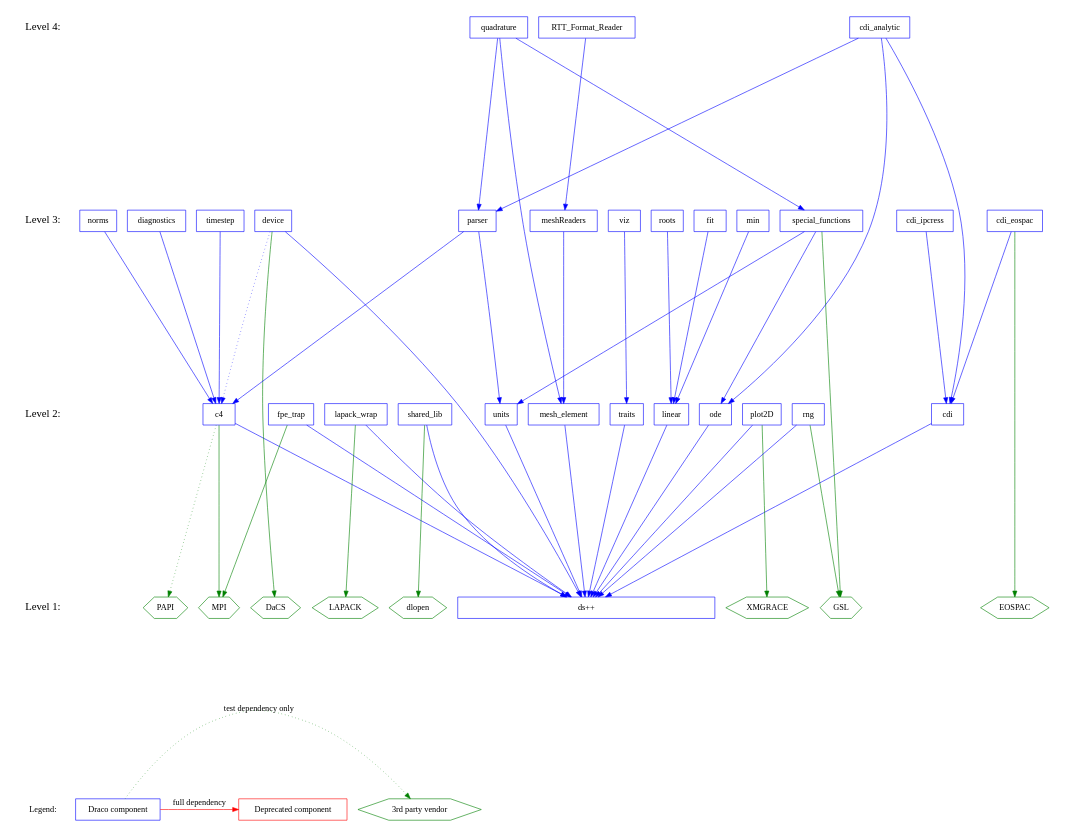
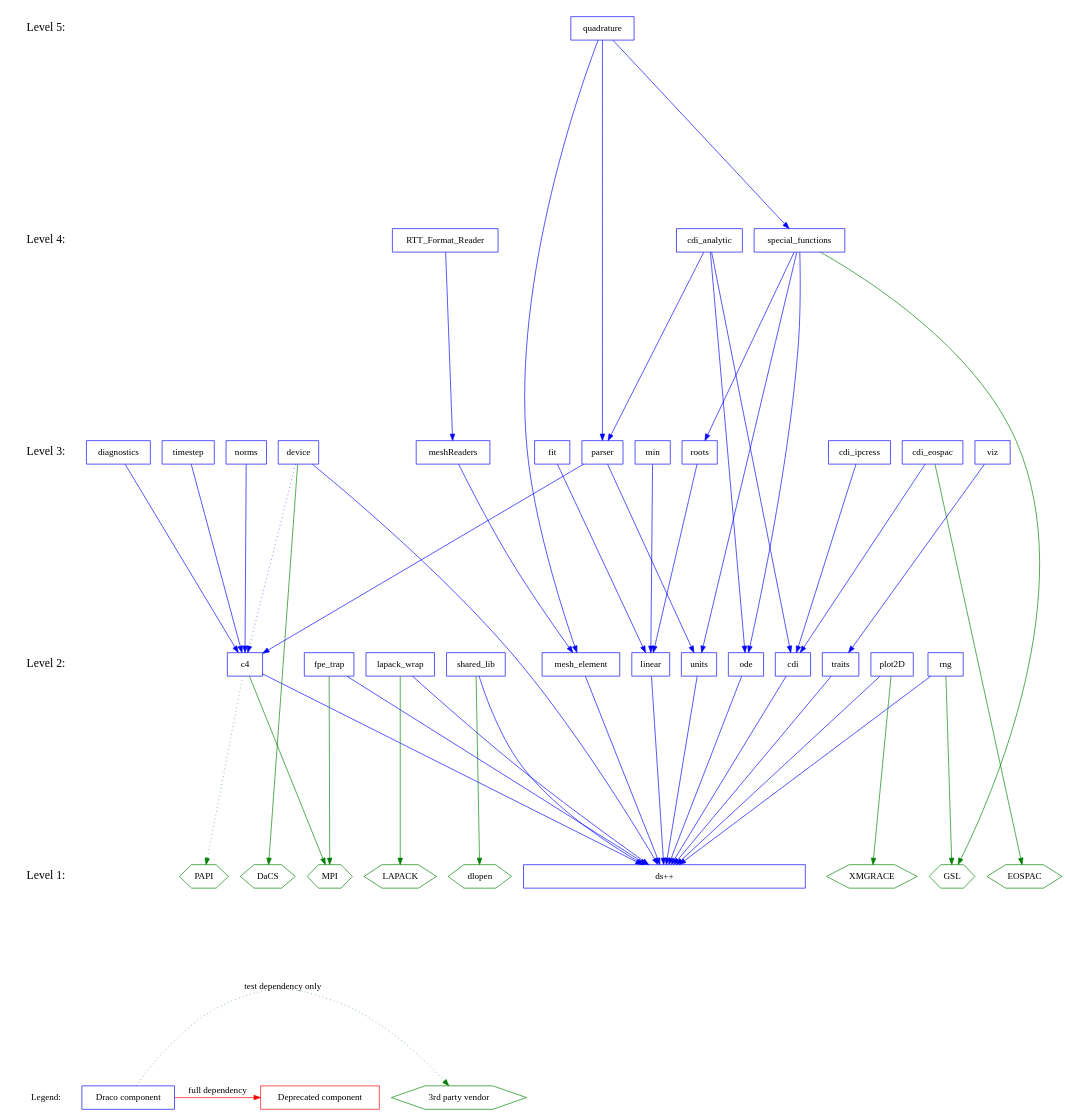
The diagram in doc/design/level.dot (warsa/Draco), drawn with Graphviz before and after one commit.

Commit message:
+ Update dependency diagram to show special_functions -> roots.

```diff
--- a/doc/design/level.dot
+++ b/doc/design/level.dot
@@ -1,136 +1,140 @@
 digraph draco_level {
     /* graph attributes */
     center=1;
     size="7.5,10";
     ranksep=4;
     
     /* levels */
     legend [shape=plaintext, label="Legend:", fontsize=14];
     level1 [shape=plaintext, label="Level 1:", fontsize=18];
     level2 [shape=plaintext, label="Level 2:", fontsize=18];
     level3 [shape=plaintext, label="Level 3:", fontsize=18];
     level4 [shape=plaintext, label="Level 4:", fontsize=18];
-/*     level5 [shape=plaintext, label="Level 5:", fontsize=18]; */
+    level5 [shape=plaintext, label="Level 5:", fontsize=18]; 
 /*    level6 [shape=plaintext, label="Level 6:", fontsize=18]; */
     
-    /* level6 -> level5 -> */
+    /* level6 -> */
+    level5 -> 
     level4 -> level3 -> level2 -> level1 -> legend [style=invis];
     
     /* packages */
 
     /* legend */
     leg_vendor [shape=box, label="3rd party vendor", color=green, shape=hexagon];
     leg_draco  [shape=box, label="Draco component",  color=blue,  shape=box ];
     leg_depre  [shape=box, label="Deprecated component", color=red,  shape=box ];
 
     /* level 1 */
     vdlopen    [shape=hexagon, color=green, label="dlopen"];
     veospac    [shape=hexagon, color=green, label="EOSPAC"];
     vgrace     [shape=hexagon, color=green, label="XMGRACE"];
     vlapack    [shape=hexagon, color=green, label="LAPACK"];
     vmpi       [shape=hexagon, color=green, label="MPI"];
     vdacs      [shape=hexagon, color=green, label="DaCS"];
     vpapi      [shape=hexagon, color=green, label="PAPI"];
         
     dsxx [shape=box, color=blue, label="ds++", width=6];
     
     /* level 2 */
     vgsl       [shape=hexagon, color=green, label="GSL"];
 
     c4         [shape=box, color=blue, label="c4"];
     cdi        [shape=box, color=blue, label="cdi"];
     fpetrap    [shape=box, color=blue, label="fpe_trap"];
     lapack     [shape=box, color=blue, label="lapack_wrap"];
     linear     [shape=box, color=blue, label="linear"];
     meshelement [shape=box, color=blue, label="mesh_element"];
     ode        [shape=box, color=blue, label="ode"];
     plot       [shape=box, color=blue, label="plot2D"];
     rng        [shape=box, color=blue, label="rng"];
     shlib      [shape=box, color=blue, label="shared_lib"];
     traits     [shape=box, color=blue, label="traits"];
     units      [shape=box, color=blue, label="units"];
         
     /* level 3 */
     device    [shape=box, color=blue, label="device"];
     cdieos    [shape=box, color=blue, label="cdi_eospac"];
     cdiip     [shape=box, color=blue, label="cdi_ipcress"];
     diagnostics [shape=box, color=blue, label="diagnostics"];
     fit       [shape=box, color=blue, label="fit"];
     meshread  [shape=box, color=blue, label="meshReaders"];
     min       [shape=box, color=blue, label="min"];
     norms     [shape=box, color=blue, label="norms"];
     parser    [shape=box, color=blue, label="parser"];
     roots     [shape=box, color=blue, label="roots"];
-    sf        [shape=box, color=blue, label="special_functions"];
     timestep  [shape=box, color=blue, label="timestep"];
     viz       [shape=box, color=blue, label="viz"];
     
     /* level 4 */
+    sf        [shape=box, color=blue, label="special_functions"];
     cdianal   [shape=box, color=blue, label="cdi_analytic"];
+    rttread   [shape=box, color=blue, label="RTT_Format_Reader"];
+
+    /* level 5 */
     quad      [shape=box, color=blue, label="quadrature"];
-    rttread   [shape=box, color=blue, label="RTT_Format_Reader"];
+
     
     /* dependencies */
     {rank=same; legend leg_vendor leg_draco leg_depre};
     {rank=same; level1 dsxx vlapack vmpi veospac vgrace vdlopen vgsl vdacs vpapi};
     {rank=same; level2 shlib plot lapack traits c4 fpetrap units cdi ode linear};
-    {rank=same; level3 viz timestep cdieos meshread parser sf};
-    {rank=same; level4 rttread quad};
+    {rank=same; level3 viz timestep cdieos meshread parser};
+    {rank=same; level4 rttread sf};
 
 
     leg_draco -> {leg_vendor} [color=green, style=dotted, label="test dependency only"];
     leg_draco -> {leg_depre} [color=red, label="full dependency"];
     
     /* draco packages */
 
     /* NOTE:  hidden dependencies are in comments at the end of each line.
      * For example if a package depends on c4 it implicitly depends on dsxx
      * as well.  The dependency on dsxx is not shown explicitly on the
      * graph. 
     
     /* level 2 */
     c4          -> {dsxx}        [color=blue];
     c4          -> {vmpi}        [color=green];
     c4          -> {vpapi}       [color=green, style=dotted];
     cdi         -> {dsxx}        [color=blue];
     fpetrap     -> {dsxx}        [color=blue];
     fpetrap     -> {vmpi}        [color=green];
     lapack      -> {dsxx}        [color=blue];
     lapack      -> {vlapack}     [color=green];
     linear      -> {dsxx}        [color=blue];
     meshelement -> {dsxx}        [color=blue];
     ode         -> {dsxx}        [color=blue];
     plot        -> {dsxx}        [color=blue];
     plot        -> {vgrace}      [color=green];
     rng         -> {dsxx}        [color=blue];
     rng         -> {vgsl}        [color=green];
     shlib       -> {dsxx}        [color=blue];
     shlib       -> {vdlopen}     [color=green];
     traits      -> {dsxx}        [color=blue];
     units       -> {dsxx}        [color=blue];
     
     /* level 3 */
     device      -> {dsxx}        [color=blue];
     device      -> {c4}          [color=blue, style=dotted];
     device      -> {vdacs}       [color=green];
     cdieos      -> {cdi}         [color=blue];
     cdieos      -> {veospac}     [color=green]; 
     cdiip       -> {cdi}         [color=blue];
     diagnostics -> {c4}          [color=blue];
     fit         -> {linear}      [color=blue];
     meshread    -> {meshelement} [color=blue];
     min         -> {linear}      [color=blue];
     norms       -> {c4}          [color=blue];
     parser      -> {c4 units}    [color=blue];
     roots       -> {linear}      [color=blue];
-    sf          -> {units ode}   [color=blue];
+    sf          -> {units ode roots} [color=blue];
     sf          -> {vgsl}        [color=green];
     timestep    -> {c4}          [color=blue];
     viz         -> {traits}      [color=blue];
 
     /* level 4 */
     cdianal     -> {parser cdi ode}        [color=blue];
     quad        -> {sf meshelement parser} [color=blue];
     rttread     -> {meshread}              [color=blue];
 
 }
```
